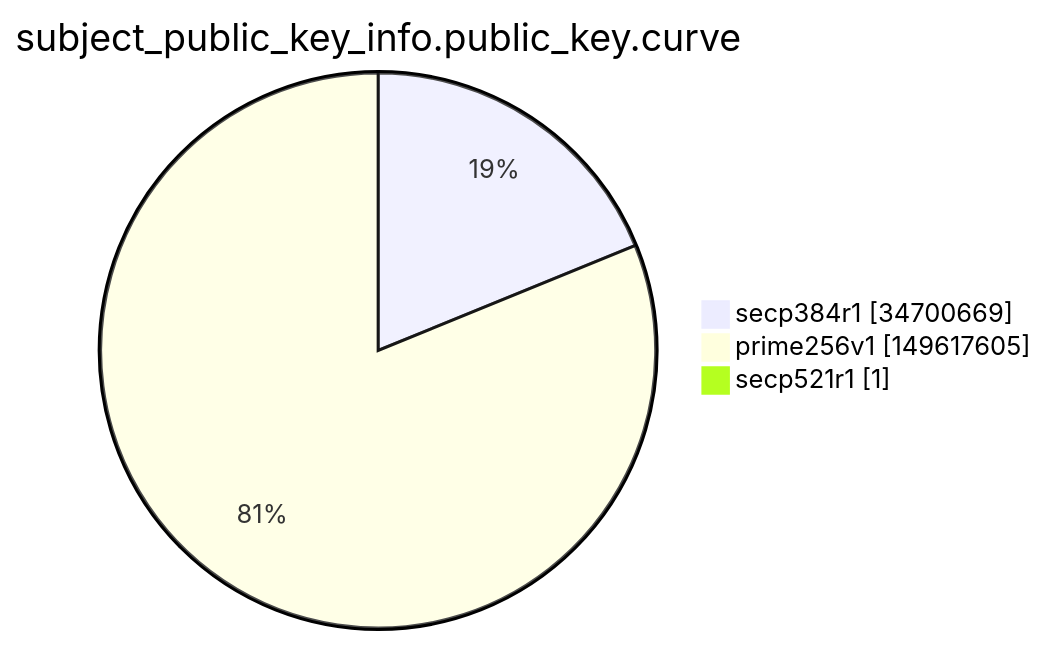
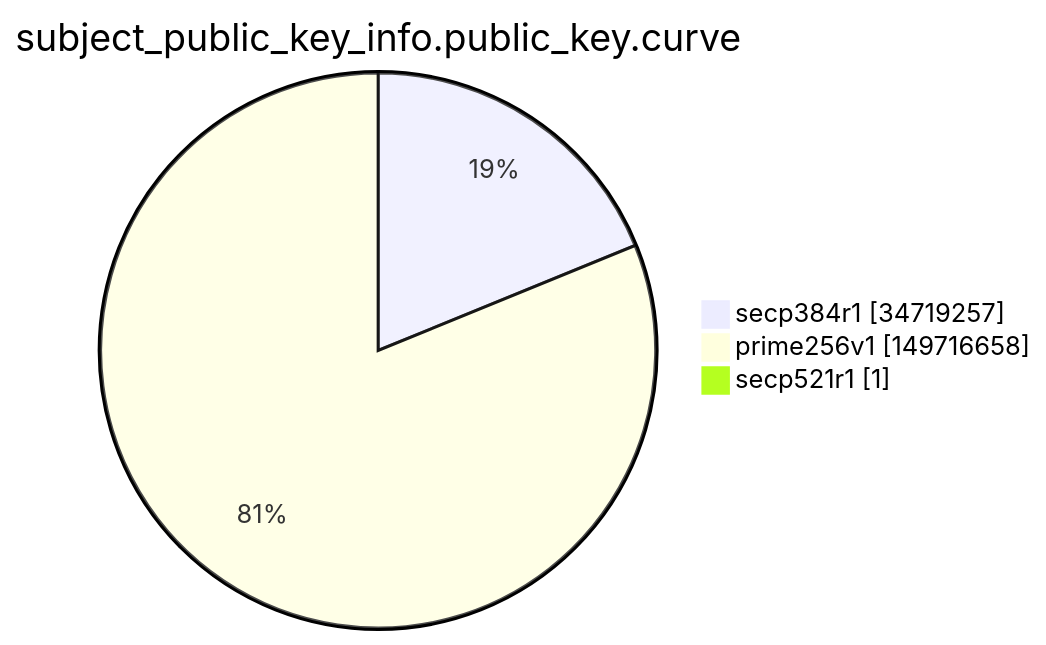
The ninth of 15 diagrams in argon2022/README.md (christiankrug/ctmonitor_visualization), drawn with Mermaid before and after one commit. The commit also changed other lines of this file, not shown here.

````diff
--- a/argon2022/README.md
+++ b/argon2022/README.md
@@ -2764,7 +2764,7 @@
 ```mermaid
 pie showData
 title subject_public_key_info.public_key.curve
-"secp384r1" :34700669
-"prime256v1" :149617605
+"secp384r1" :34719257
+"prime256v1" :149716658
 "secp521r1" :1
 ```
````
